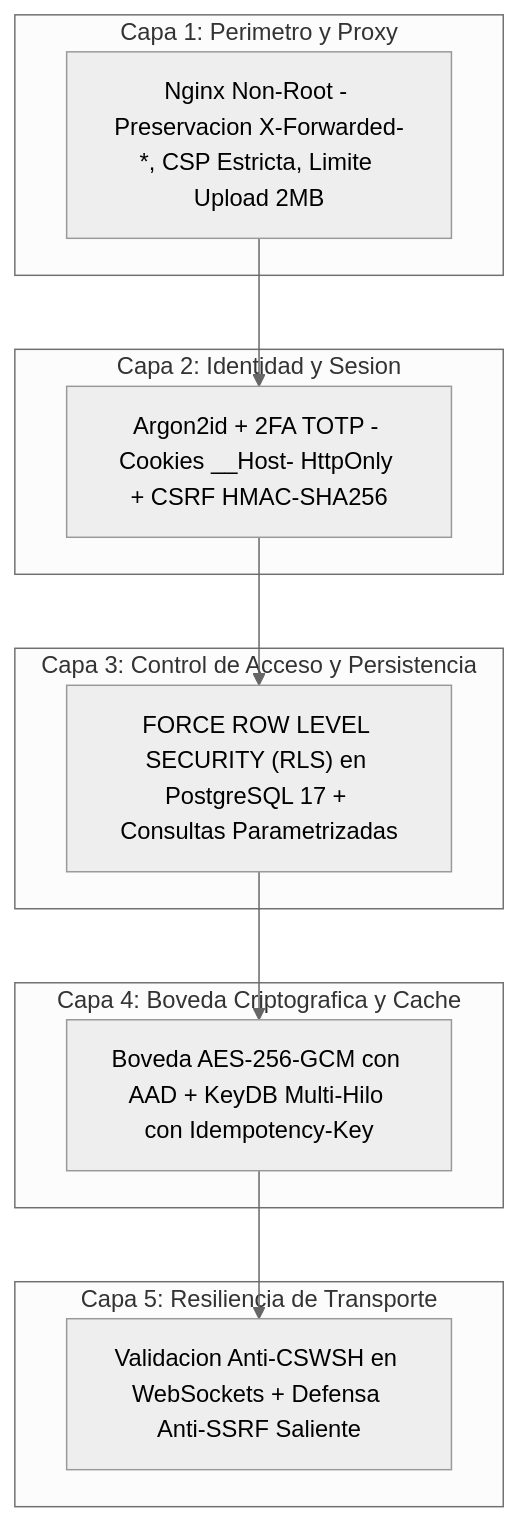
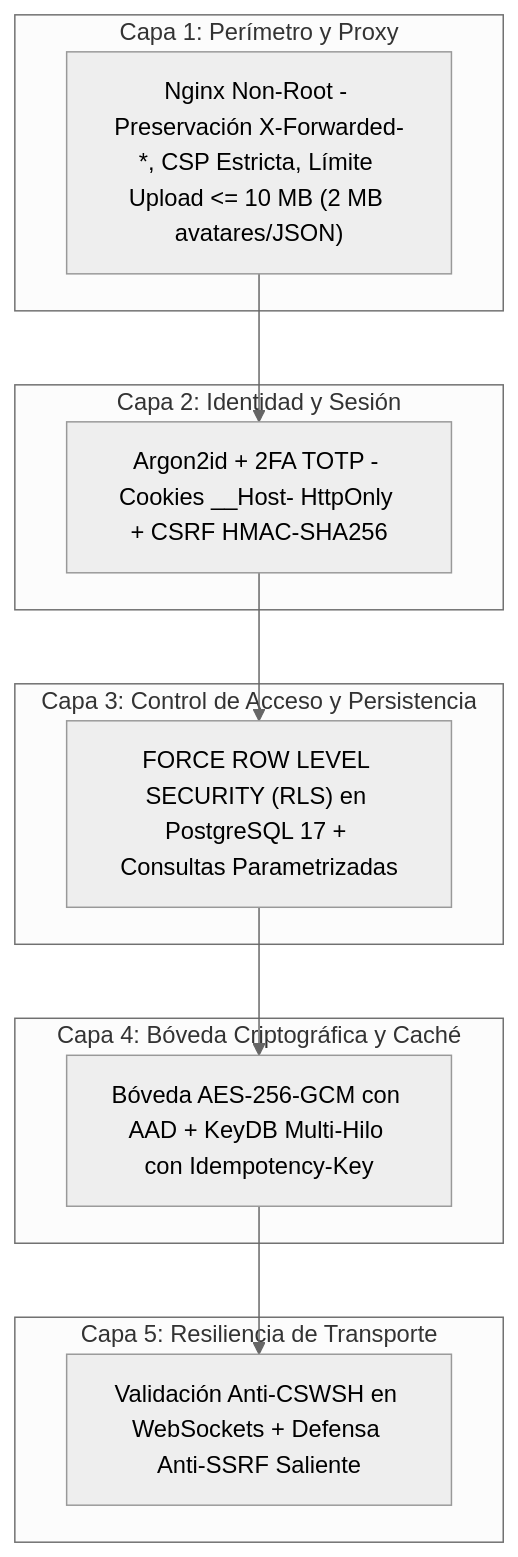
Before and after one commit to tecno-consultores/qa-testing-blueprints: the first of 2 diagrams in SECURITY.es.md, drawn with Mermaid (neutral theme). The commit also changed other lines of this file and 304 other files, not shown here.

````diff
--- a/SECURITY.es.md
+++ b/SECURITY.es.md
@@ -40,24 +40,24 @@
 ```mermaid
 flowchart TD
-    subgraph Capa1["Capa 1: Perimetro y Proxy"]
-        L1["Nginx Non-Root - Preservacion X-Forwarded-*, CSP Estricta, Limite Upload 2MB"]
+    subgraph Capa1["Capa 1: Perímetro y Proxy"]
+        L1["Nginx Non-Root - Preservación X-Forwarded-*, CSP Estricta, Límite Upload <= 10 MB (2 MB avatares/JSON)"]
     end
 
-    subgraph Capa2["Capa 2: Identidad y Sesion"]
+    subgraph Capa2["Capa 2: Identidad y Sesión"]
         L2["Argon2id + 2FA TOTP - Cookies __Host- HttpOnly + CSRF HMAC-SHA256"]
     end
 
     subgraph Capa3["Capa 3: Control de Acceso y Persistencia"]
         L3["FORCE ROW LEVEL SECURITY (RLS) en PostgreSQL 17 + Consultas Parametrizadas"]
     end
 
-    subgraph Capa4["Capa 4: Boveda Criptografica y Cache"]
-        L4["Boveda AES-256-GCM con AAD + KeyDB Multi-Hilo con Idempotency-Key"]
+    subgraph Capa4["Capa 4: Bóveda Criptográfica y Caché"]
+        L4["Bóveda AES-256-GCM con AAD + KeyDB Multi-Hilo con Idempotency-Key"]
     end
 
     subgraph Capa5["Capa 5: Resiliencia de Transporte"]
-        L5["Validacion Anti-CSWSH en WebSockets + Defensa Anti-SSRF Saliente"]
+        L5["Validación Anti-CSWSH en WebSockets + Defensa Anti-SSRF Saliente"]
     end
 
     L1 --> L2 --> L3 --> L4 --> L5
 ```
````
